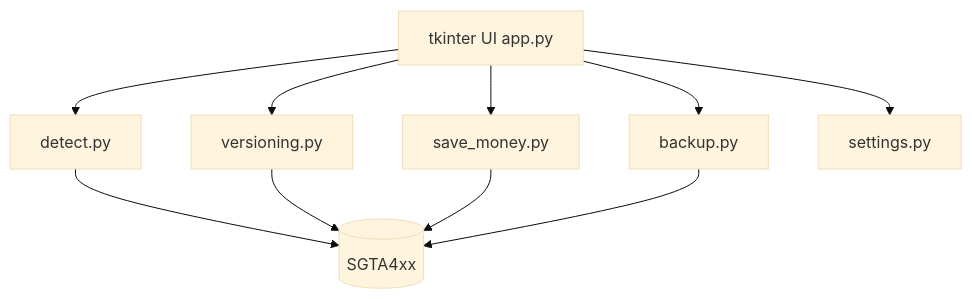
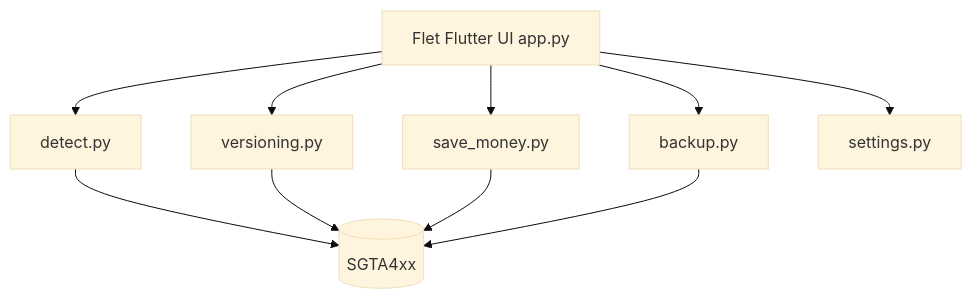
Before and after one commit to Metaheurist/4bucks: the diagram in docs/app-and-features.md, drawn with Mermaid (base theme). The commit also changed 10 other files, not shown here.

````diff
--- a/docs/app-and-features.md
+++ b/docs/app-and-features.md
@@ -7,20 +7,20 @@
 ```mermaid
 %%{init: {'flowchart': {'useMaxWidth': true}}}%%
 flowchart TB
-  UI[tkinter UI app.py]
+  UI[Flet Flutter UI app.py]
   Detect[detect.py]
   Ver[versioning.py]
   Money[save_money.py]
   Backup[backup.py]
   Settings[settings.py]
   Save[(SGTA4xx)]
   UI --> Detect
   UI --> Ver
   UI --> Money
   UI --> Backup
   UI --> Settings
   Detect --> Save
   Ver --> Save
   Money --> Save
   Backup --> Save
 ```
````
